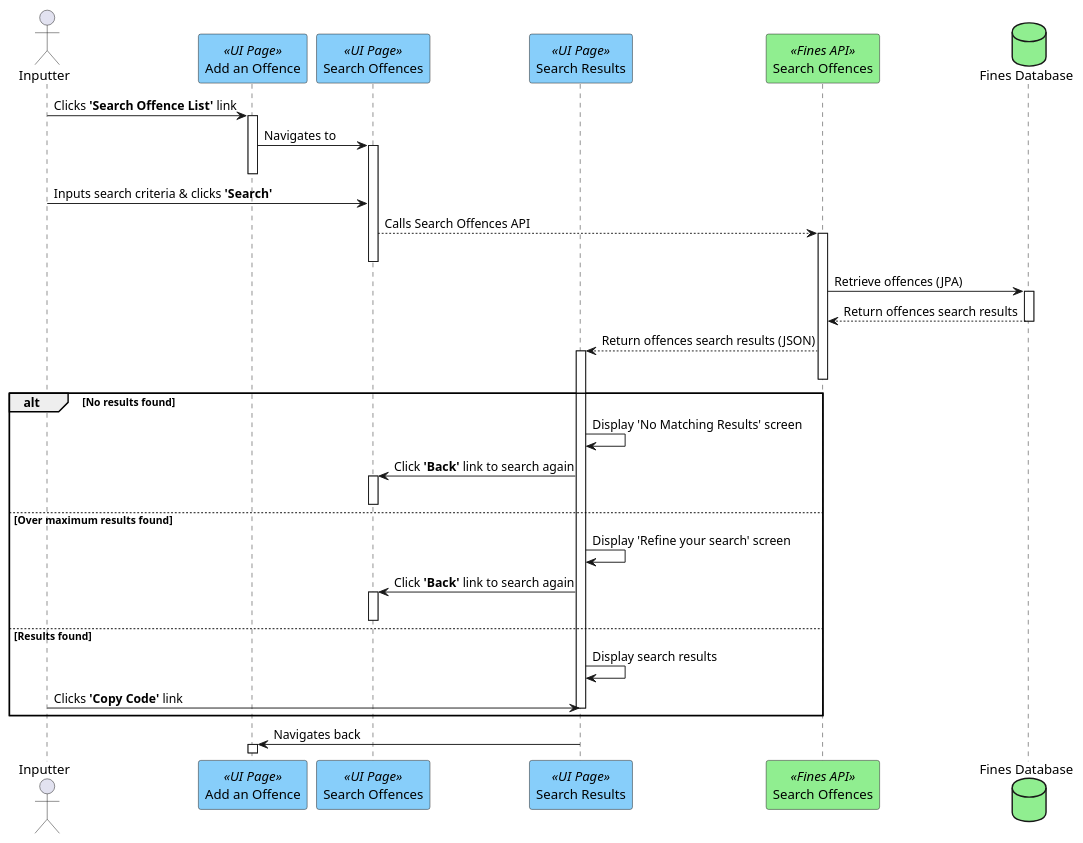
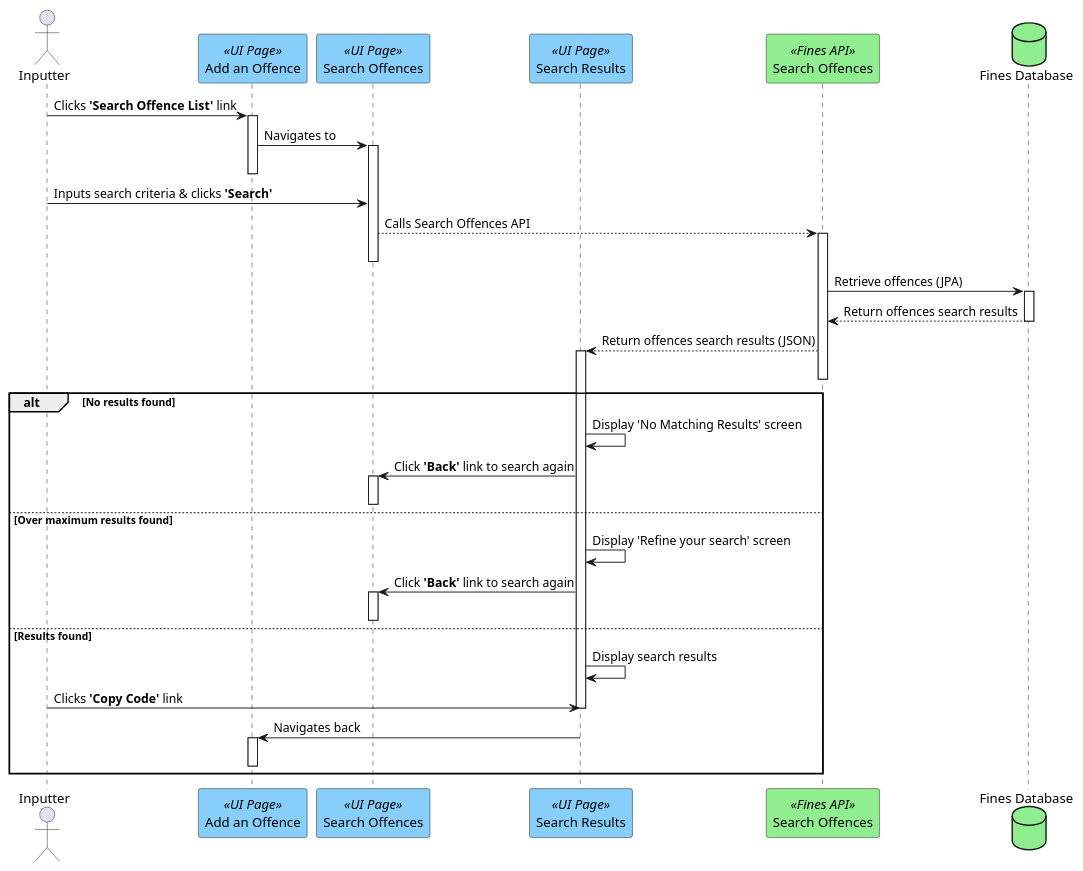
The diagram in plantUML/mac-populate-and-submit/mac-search-offences.puml (hmcts/opal-docs), drawn with PlantUML before and after one commit.

Commit message:
Update search offences

```diff
--- a/plantUML/mac-populate-and-submit/mac-search-offences.puml
+++ b/plantUML/mac-populate-and-submit/mac-search-offences.puml
@@ -1,40 +1,39 @@
 @startuml
 
 actor "Inputter" as user
 participant "Add an Offence" as addOffence <<UI Page>> #lightskyblue
 participant "Search Offences" as searchOffences <<UI Page>> #lightskyblue
 participant "Search Results" as searchResults <<UI Page>> #lightskyblue
 participant "Search Offences" as getOffences <<Fines API>> #lightgreen
 database "Fines Database" as db #lightgreen
 
 user -> addOffence++ : Clicks <b>'Search Offence List'</b> link
 addOffence-> searchOffences++: Navigates to
 deactivate addOffence
 
 user -> searchOffences: Inputs search criteria & clicks <b>'Search'</b>
 searchOffences--> getOffences ++ : Calls Search Offences API
 deactivate searchOffences
 
 getOffences -> db ++: Retrieve offences (JPA)
 
 db --> getOffences : Return offences search results
 deactivate db
 getOffences --> searchResults++ : Return offences search results (JSON)
 deactivate getOffences
 alt No results found
     searchResults-> searchResults: Display 'No Matching Results' screen
     searchResults-> searchOffences++: Click <b>'Back'</b> link to search again
     searchOffences--
 else Over maximum results found
     searchResults-> searchResults: Display 'Refine your search' screen
         searchResults-> searchOffences++: Click <b>'Back'</b> link to search again
         searchOffences--
 else Results found
     searchResults-> searchResults: Display search results
     user -> searchResults: Clicks <b>'Copy Code'</b> link
     searchResults--
+    searchResults -> addOffence++: Navigates back
+    addOffence --
 end
-    searchResults -> addOffence++: Navigates back
-
-
 @enduml
```
